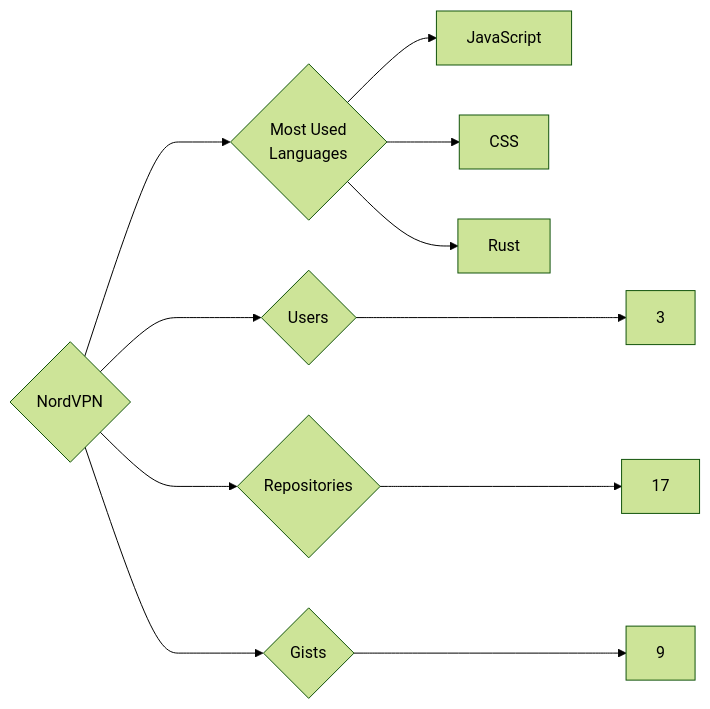
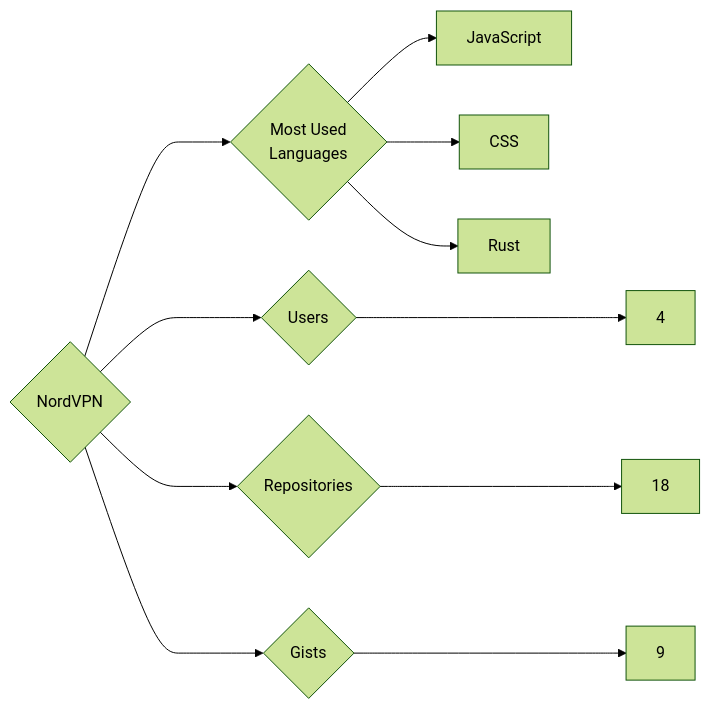
Before and after one commit to trickest/insiders: the diagram in targets/NordVPN/README.md, drawn with Mermaid (forest theme). The commit also changed 912 other files, not shown here.

````diff
--- a/targets/NordVPN/README.md
+++ b/targets/NordVPN/README.md
@@ -3,11 +3,11 @@
 ```mermaid
 graph LR
 COMPANY_NAME{NordVPN}
-COMPANY_NAME ---> U{Users} ---> UN[3]
-COMPANY_NAME ---> R{Repositories} ---> RN[17]
+COMPANY_NAME ---> U{Users} ---> UN[4]
+COMPANY_NAME ---> R{Repositories} ---> RN[18]
 COMPANY_NAME ---> G{Gists} ---> GN[9]
 COMPANY_NAME ---> ML{Most Used<br>Languages}
 ML --> JavaScript[JavaScript]
 ML --> CSS[CSS]
 ML --> Rust[Rust]
 ```
````
